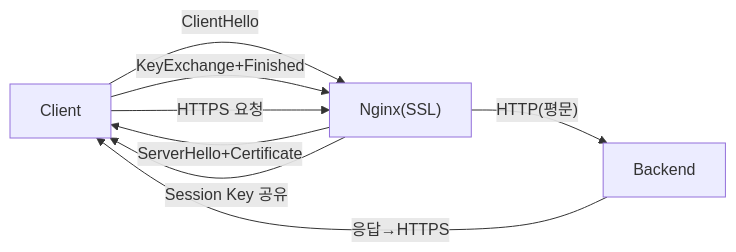
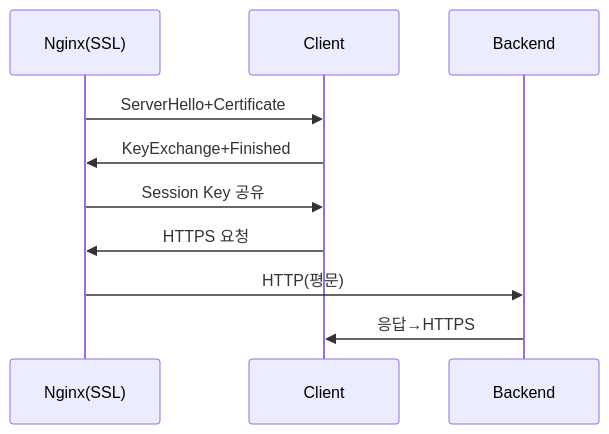
Diagram 13 of 18 in _posts/server/2026-05-01-nginx.md (yjkim2015/yjkim2015.github.io), drawn with Mermaid before and after one commit. The commit also changed other lines of this file and 89 other files, not shown here.

First line of the commit message:
복잡한 flowchart 163개 → sequenceDiagram 변환 (90파일)

````diff
--- a/_posts/server/2026-05-01-nginx.md
+++ b/_posts/server/2026-05-01-nginx.md
@@ -514,10 +506,9 @@
 ```mermaid
-graph LR
-    C["Client"] -->|"ClientHello"| N["Nginx(SSL)"]
-    N -->|"ServerHello+Certificate"| C
-    C -->|"KeyExchange+Finished"| N
-    N -->|"Session Key 공유"| C
-    C -->|"HTTPS 요청"| N
-    N -->|"HTTP(평문)"| B["Backend"]
-    B -->|"응답→HTTPS"| C
+sequenceDiagram
+    Nginx(SSL)->>Client: ServerHello+Certificate
+    Client->>Nginx(SSL): KeyExchange+Finished
+    Nginx(SSL)->>Client: Session Key 공유
+    Client->>Nginx(SSL): HTTPS 요청
+    Nginx(SSL)->>Backend: HTTP(평문)
+    Backend->>Client: 응답→HTTPS
 ```
````
